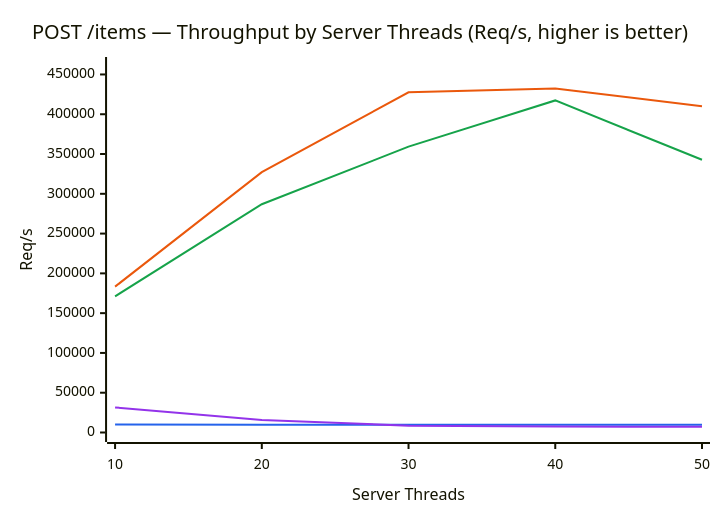
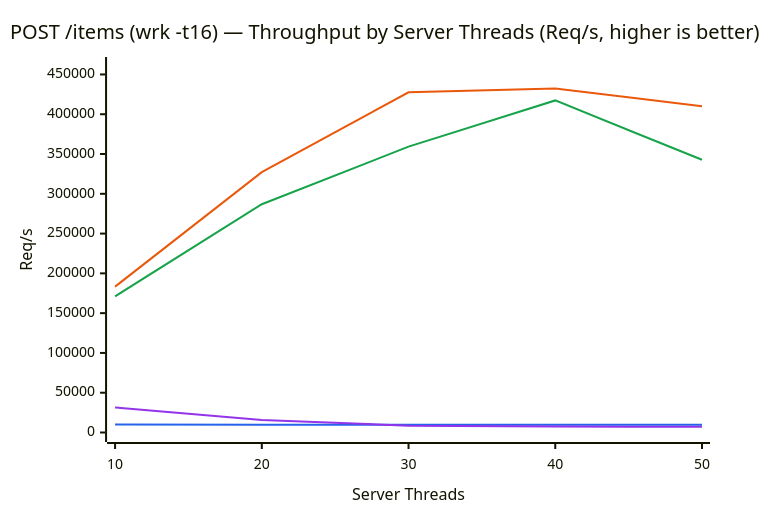
Before and after one commit to erlpython/epython: the first of 4 diagrams in README.md, drawn with Mermaid. The commit also changed other lines of this file, not shown here.

````diff
--- a/README.md
+++ b/README.md
@@ -17,16 +19,16 @@
 ```mermaid
 ---
 config:
   themeVariables:
     xyChart:
       plotColorPalette: "#ea580c, #16a34a, #2563eb, #9333ea"
 ---
 xychart-beta
-    title "POST /items — Throughput by Server Threads (Req/s, higher is better)"
+    title "POST /items (wrk -t16) — Throughput by Server Threads (Req/s, higher is better)"
     x-axis "Server Threads" ["10", "20", "30", "40", "50"]
     y-axis "Req/s" 0 --> 460000
     line [183293, 327172, 427601, 432361, 409928]
     line [171193, 286849, 359254, 417353, 342737]
     line [9909, 9726, 9712, 9656, 9682]
     line [31548, 15829, 8500, 7597, 7101]
 ```
````
